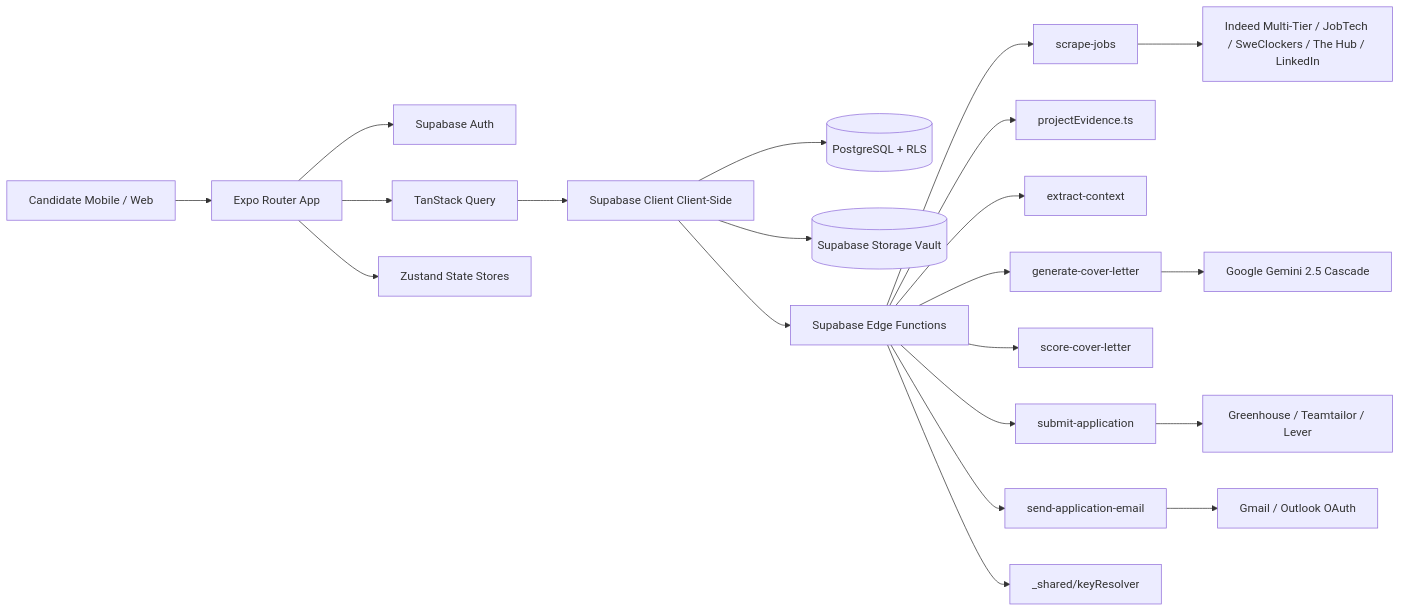
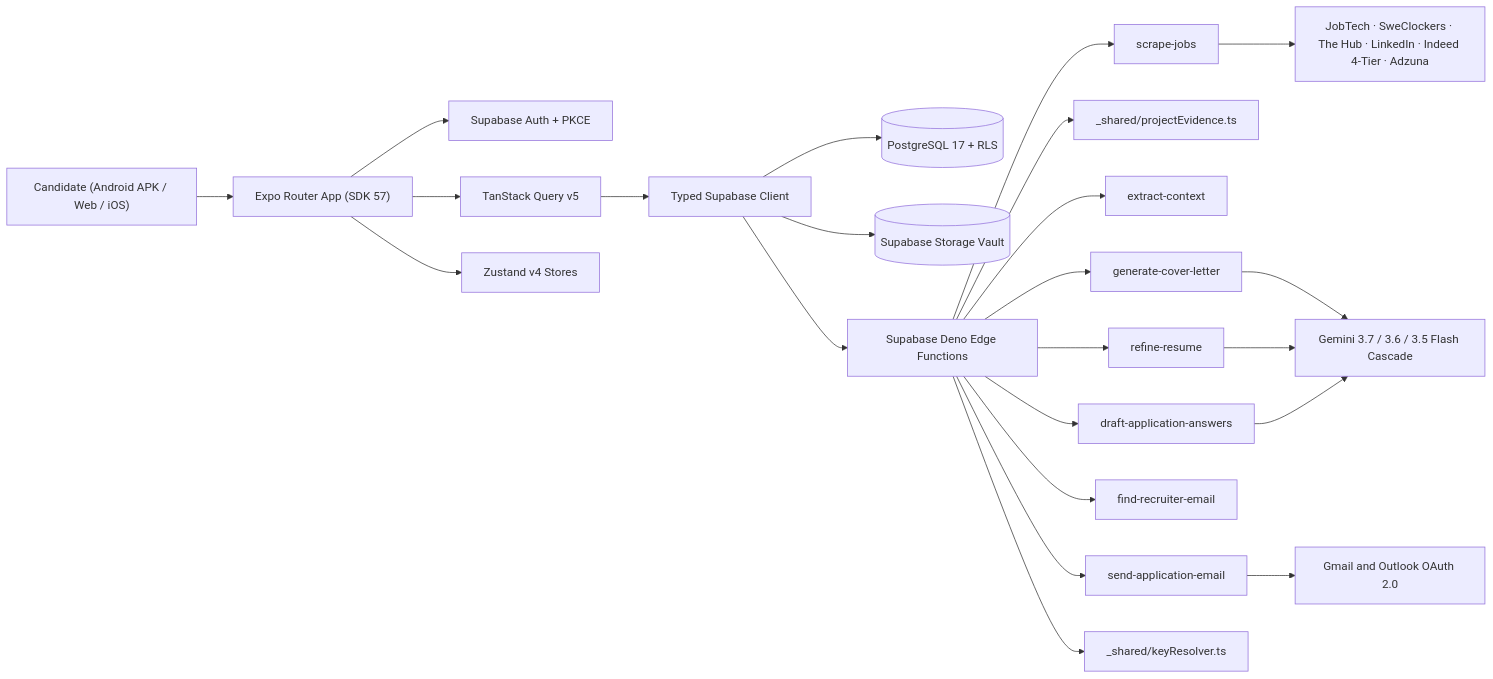
One commit to AlexBuildsLTS/OpusHunter-Release changed the fourth of 4 diagrams in README.md. Above: the diagram before and after it, drawn with Mermaid. The commit also changed other lines of this file, not shown here.

````diff
--- a/README.md
+++ b/README.md
@@ -369,25 +446,27 @@
 ```mermaid
 flowchart LR
-  User[Candidate Mobile / Web] --> App[Expo Router App]
-  App --> Auth[Supabase Auth]
-  App --> Query[TanStack Query]
-  App --> Store[Zustand State Stores]
-  Query --> API[Supabase Client Client-Side]
-  API --> DB[(PostgreSQL + RLS)]
-  API --> Storage[(Supabase Storage Vault)]
-  API --> Functions[Supabase Edge Functions]
+  User["Candidate (Android APK / Web / iOS)"] --> App["Expo Router App (SDK 57)"]
+  App --> Auth["Supabase Auth + PKCE"]
+  App --> Query["TanStack Query v5"]
+  App --> Store["Zustand v4 Stores"]
+  Query --> API["Typed Supabase Client"]
+  API --> DB[("PostgreSQL 17 + RLS")]
+  API --> Storage[("Supabase Storage Vault")]
+  API --> Functions["Supabase Deno Edge Functions"]
 
-  Functions --> Scrape[scrape-jobs]
-  Functions --> Evidence[projectEvidence.ts]
-  Functions --> Context[extract-context]
-  Functions --> Letter[generate-cover-letter]
-  Functions --> Score[score-cover-letter]
-  Functions --> Submit[submit-application]
-  Functions --> Email[send-application-email]
-  Functions --> Keys[_shared/keyResolver]
+  Functions --> Scrape["scrape-jobs"]
+  Functions --> Evidence["_shared/projectEvidence.ts"]
+  Functions --> Context["extract-context"]
+  Functions --> Letter["generate-cover-letter"]
+  Functions --> Refine["refine-resume"]
+  Functions --> Answers["draft-application-answers"]
+  Functions --> Recruiter["find-recruiter-email"]
+  Functions --> Email["send-application-email"]
+  Functions --> Keys["_shared/keyResolver.ts"]
 
-  Scrape --> Providers[Indeed Multi-Tier / JobTech / SweClockers / The Hub / LinkedIn]
-  Letter --> AI[Google Gemini 2.5 Cascade]
-  Submit --> ATS[Greenhouse / Teamtailor / Lever]
-  Email --> Mail[Gmail / Outlook OAuth]
+  Scrape --> Providers["JobTech · SweClockers · The Hub · LinkedIn · Indeed 4-Tier · Adzuna"]
+  Letter --> AI["Gemini 3.7 / 3.6 / 3.5 Flash Cascade"]
+  Refine --> AI
+  Answers --> AI
+  Email --> Mail["Gmail and Outlook OAuth 2.0"]
 ```
````
